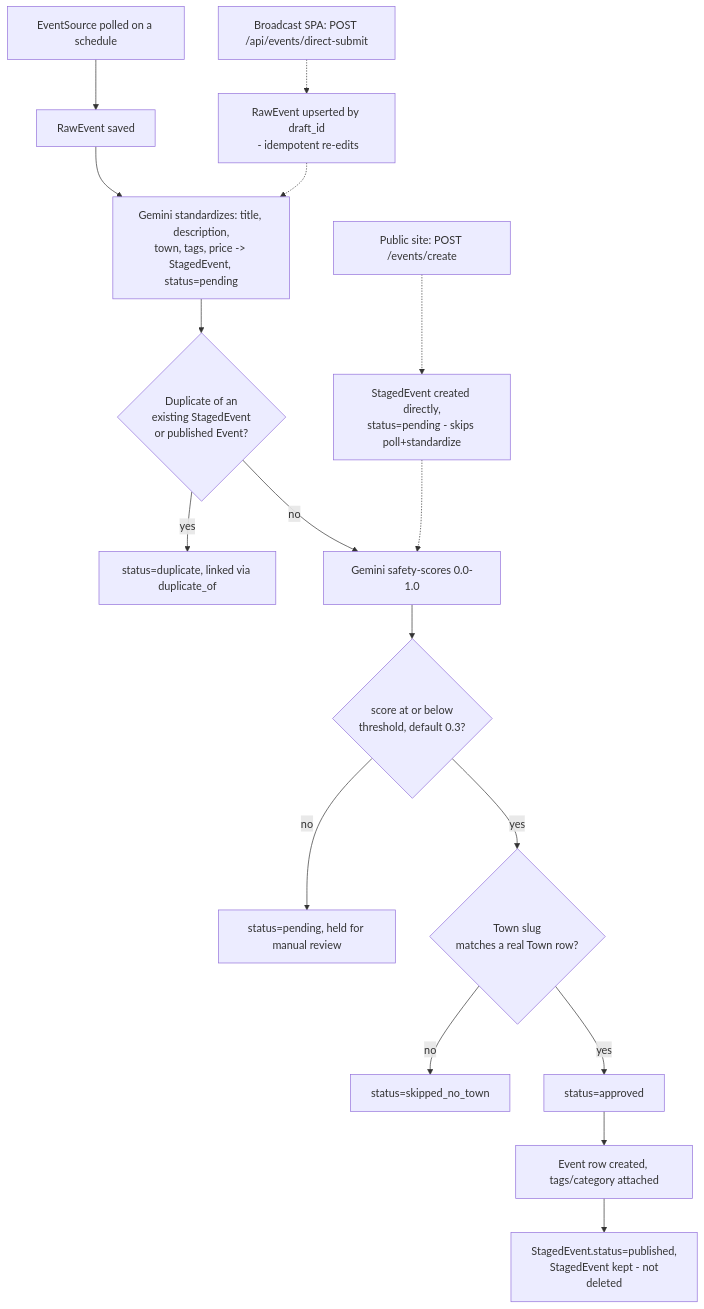
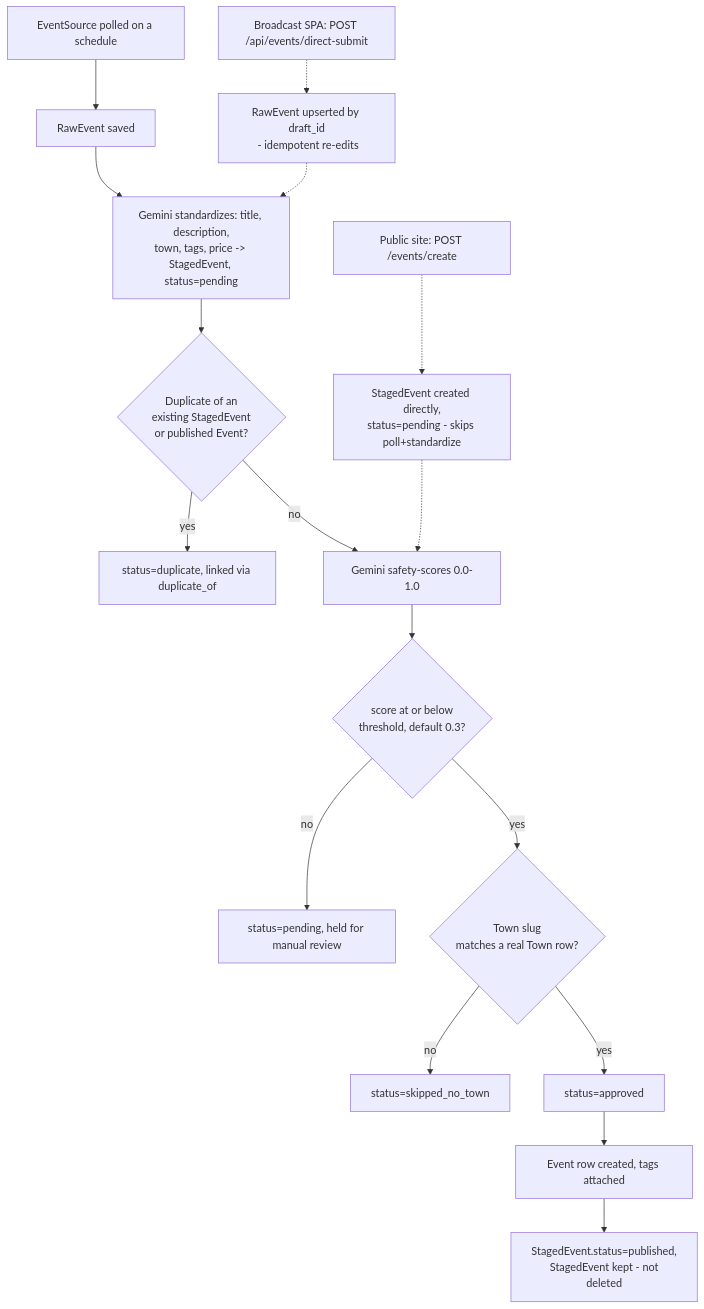
The first of 2 diagrams in human-docs/overview.md (gatherstead/thecommons), drawn with Mermaid before and after one commit. The commit also changed other lines of this file and 63 other files, not shown here.

````diff
--- a/human-docs/overview.md
+++ b/human-docs/overview.md
@@ -67,21 +67,21 @@
 ```mermaid
 flowchart TD
     A[EventSource polled on a schedule] --> B[RawEvent saved]
     B --> C[Gemini standardizes: title, description,\ntown, tags, price -> StagedEvent, status=pending]
     C --> D{Duplicate of an\nexisting StagedEvent\nor published Event?}
     D -- yes --> E[status=duplicate, linked via duplicate_of]
     D -- no --> F[Gemini safety-scores 0.0-1.0]
     F --> G{score at or below\nthreshold, default 0.3?}
     G -- no --> H[status=pending, held for manual review]
     G -- yes --> I{Town slug\nmatches a real Town row?}
     I -- no --> J[status=skipped_no_town]
     I -- yes --> K[status=approved]
-    K --> L[Event row created, tags/category attached]
+    K --> L[Event row created, tags attached]
     L --> M[StagedEvent.status=published,\n StagedEvent kept - not deleted]
 
     N[Public site: POST /events/create] -.-> C2[StagedEvent created directly,\nstatus=pending - skips poll+standardize]
     C2 -.-> F
 
     O[Broadcast SPA: POST /api/events/direct-submit] -.-> B2[RawEvent upserted by draft_id\n - idempotent re-edits]
     B2 -.-> C
 ```
````
